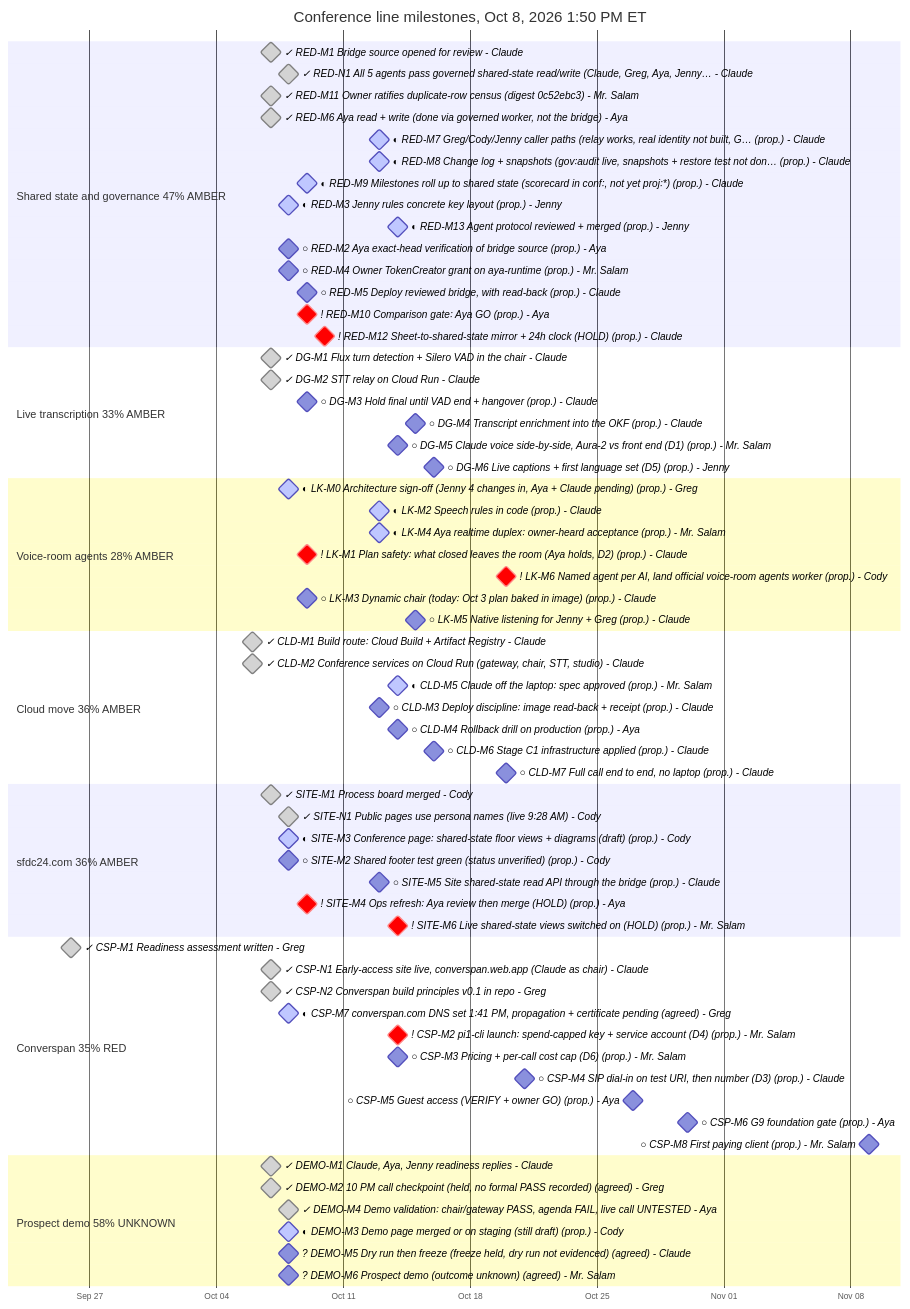
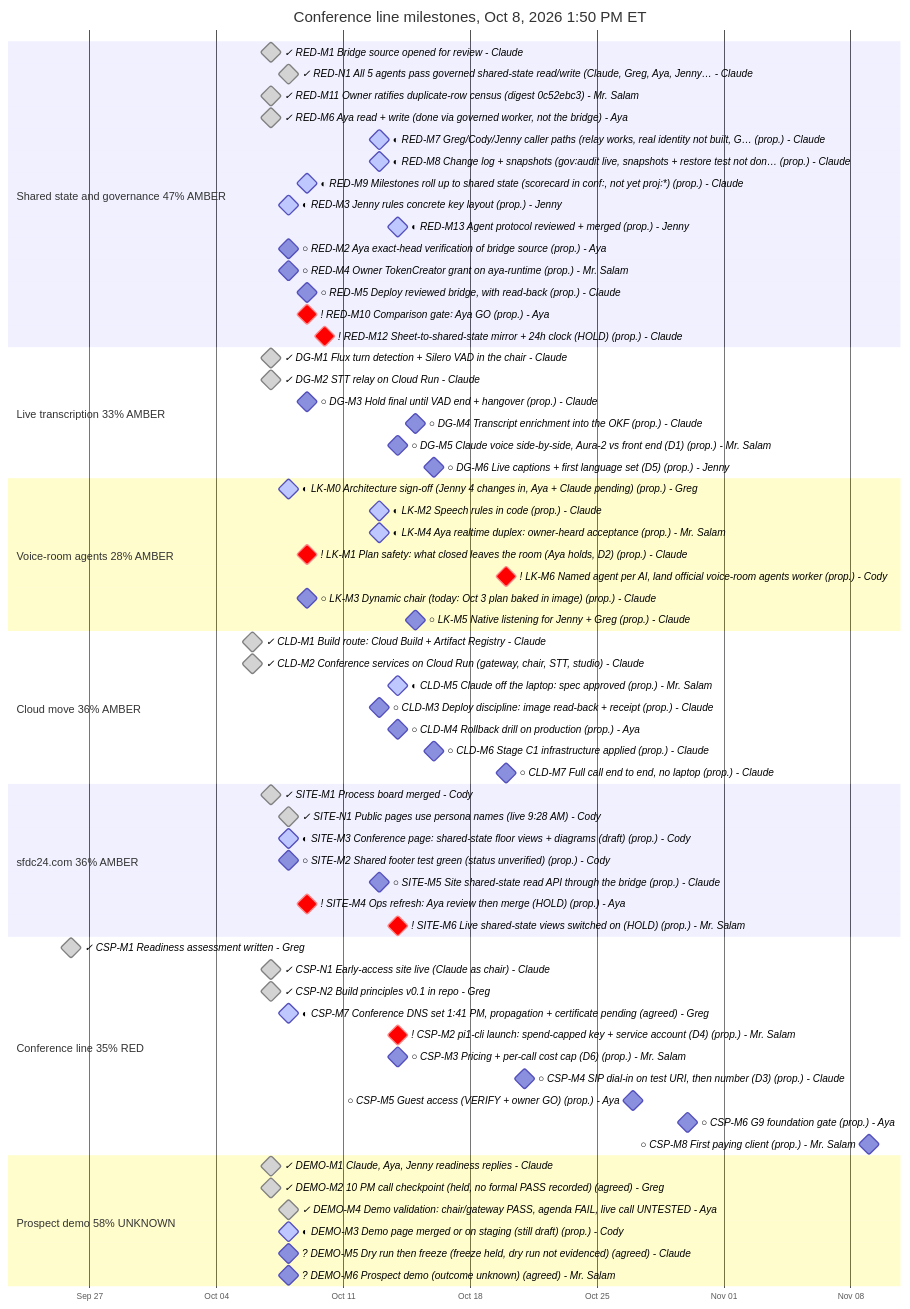
The diagram in assets/milestones/2026-10-08.mmd (sfdc-24/sfdc24-site), drawn with Mermaid before and after one commit. The commit also changed 53 other files, not shown here.

First line of the commit message:
Keep sfdc24.com on its own conference room.

```diff
--- a/assets/milestones/2026-10-08.mmd
+++ b/assets/milestones/2026-10-08.mmd
@@ -1,78 +1,78 @@
 ---
 title: Conference line milestones, Oct 8, 2026 1:50 PM ET
 config:
   gantt:
     fontSize: 12
     sectionFontSize: 13
     barHeight: 22
     useMaxWidth: false
 ---
 gantt
     %% done = complete, active = in progress, crit = blocked. Dates and owners are unchanged.
     dateFormat YYYY-MM-DD
     axisFormat %b %d
     tickInterval 1week
     section Shared state and governance 47% AMBER
     ✓ RED-M1 Bridge source opened for review - Claude :milestone, done, red_m1, 2026-10-07, 0d
     ✓ RED-N1 All 5 agents pass governed shared-state read/write (Claude, Greg, Aya, Jenny… - Claude :milestone, done, red_n1, 2026-10-08, 0d
     ✓ RED-M11 Owner ratifies duplicate-row census (digest 0c52ebc3) - Mr. Salam :milestone, done, red_m11, 2026-10-07, 0d
     ✓ RED-M6 Aya read + write (done via governed worker, not the bridge) - Aya :milestone, done, red_m6, 2026-10-07, 0d
     ◐ RED-M7 Greg/Cody/Jenny caller paths (relay works, real identity not built, G… (prop.) - Claude :milestone, active, red_m7, 2026-10-13, 0d
     ◐ RED-M8 Change log + snapshots (gov꞉audit live, snapshots + restore test not don… (prop.) - Claude :milestone, active, red_m8, 2026-10-13, 0d
     ◐ RED-M9 Milestones roll up to shared state (scorecard in conf꞉, not yet proj꞉*) (prop.) - Claude :milestone, active, red_m9, 2026-10-09, 0d
     ◐ RED-M3 Jenny rules concrete key layout (prop.) - Jenny :milestone, active, red_m3, 2026-10-08, 0d
     ◐ RED-M13 Agent protocol reviewed + merged (prop.) - Jenny :milestone, active, red_m13, 2026-10-14, 0d
     ○ RED-M2 Aya exact-head verification of bridge source (prop.) - Aya :milestone, red_m2, 2026-10-08, 0d
     ○ RED-M4 Owner TokenCreator grant on aya-runtime (prop.) - Mr. Salam :milestone, red_m4, 2026-10-08, 0d
     ○ RED-M5 Deploy reviewed bridge, with read-back (prop.) - Claude :milestone, red_m5, 2026-10-09, 0d
     ! RED-M10 Comparison gate꞉ Aya GO (prop.) - Aya :milestone, crit, red_m10, 2026-10-09, 0d
     ! RED-M12 Sheet-to-shared-state mirror + 24h clock (HOLD) (prop.) - Claude :milestone, crit, red_m12, 2026-10-10, 0d
     section Live transcription 33% AMBER
     ✓ DG-M1 Flux turn detection + Silero VAD in the chair - Claude :milestone, done, dg_m1, 2026-10-07, 0d
     ✓ DG-M2 STT relay on Cloud Run - Claude :milestone, done, dg_m2, 2026-10-07, 0d
     ○ DG-M3 Hold final until VAD end + hangover (prop.) - Claude :milestone, dg_m3, 2026-10-09, 0d
     ○ DG-M4 Transcript enrichment into the OKF (prop.) - Claude :milestone, dg_m4, 2026-10-15, 0d
     ○ DG-M5 Claude voice side-by-side, Aura-2 vs front end (D1) (prop.) - Mr. Salam :milestone, dg_m5, 2026-10-14, 0d
     ○ DG-M6 Live captions + first language set (D5) (prop.) - Jenny :milestone, dg_m6, 2026-10-16, 0d
     section Voice-room agents 28% AMBER
     ◐ LK-M0 Architecture sign-off (Jenny 4 changes in, Aya + Claude pending) (prop.) - Greg :milestone, active, lk_m0, 2026-10-08, 0d
     ◐ LK-M2 Speech rules in code (prop.) - Claude :milestone, active, lk_m2, 2026-10-13, 0d
     ◐ LK-M4 Aya realtime duplex꞉ owner-heard acceptance (prop.) - Mr. Salam :milestone, active, lk_m4, 2026-10-13, 0d
     ! LK-M1 Plan safety꞉ what closed leaves the room (Aya holds, D2) (prop.) - Claude :milestone, crit, lk_m1, 2026-10-09, 0d
     ! LK-M6 Named agent per AI, land official voice-room agents worker (prop.) - Cody :milestone, crit, lk_m6, 2026-10-20, 0d
     ○ LK-M3 Dynamic chair (today꞉ Oct 3 plan baked in image) (prop.) - Claude :milestone, lk_m3, 2026-10-09, 0d
     ○ LK-M5 Native listening for Jenny + Greg (prop.) - Claude :milestone, lk_m5, 2026-10-15, 0d
     section Cloud move 36% AMBER
     ✓ CLD-M1 Build route꞉ Cloud Build + Artifact Registry - Claude :milestone, done, cld_m1, 2026-10-06, 0d
     ✓ CLD-M2 Conference services on Cloud Run (gateway, chair, STT, studio) - Claude :milestone, done, cld_m2, 2026-10-06, 0d
     ◐ CLD-M5 Claude off the laptop꞉ spec approved (prop.) - Mr. Salam :milestone, active, cld_m5, 2026-10-14, 0d
     ○ CLD-M3 Deploy discipline꞉ image read-back + receipt (prop.) - Claude :milestone, cld_m3, 2026-10-13, 0d
     ○ CLD-M4 Rollback drill on production (prop.) - Aya :milestone, cld_m4, 2026-10-14, 0d
     ○ CLD-M6 Stage C1 infrastructure applied (prop.) - Claude :milestone, cld_m6, 2026-10-16, 0d
     ○ CLD-M7 Full call end to end, no laptop (prop.) - Claude :milestone, cld_m7, 2026-10-20, 0d
     section sfdc24.com 36% AMBER
     ✓ SITE-M1 Process board merged - Cody :milestone, done, site_m1, 2026-10-07, 0d
     ✓ SITE-N1 Public pages use persona names (live 9꞉28 AM) - Cody :milestone, done, site_n1, 2026-10-08, 0d
     ◐ SITE-M3 Conference page꞉ shared-state floor views + diagrams (draft) (prop.) - Cody :milestone, active, site_m3, 2026-10-08, 0d
     ○ SITE-M2 Shared footer test green (status unverified) (prop.) - Cody :milestone, site_m2, 2026-10-08, 0d
     ○ SITE-M5 Site shared-state read API through the bridge (prop.) - Claude :milestone, site_m5, 2026-10-13, 0d
     ! SITE-M4 Ops refresh꞉ Aya review then merge (HOLD) (prop.) - Aya :milestone, crit, site_m4, 2026-10-09, 0d
     ! SITE-M6 Live shared-state views switched on (HOLD) (prop.) - Mr. Salam :milestone, crit, site_m6, 2026-10-14, 0d
-    section Converspan 35% RED
+    section Conference line 35% RED
     ✓ CSP-M1 Readiness assessment written - Greg :milestone, done, csp_m1, 2026-09-26, 0d
-    ✓ CSP-N1 Early-access site live, converspan.web.app (Claude as chair) - Claude :milestone, done, csp_n1, 2026-10-07, 0d
-    ✓ CSP-N2 Converspan build principles v0.1 in repo - Greg :milestone, done, csp_n2, 2026-10-07, 0d
-    ◐ CSP-M7 converspan.com DNS set 1꞉41 PM, propagation + certificate pending (agreed) - Greg :milestone, active, csp_m7, 2026-10-08, 0d
+    ✓ CSP-N1 Early-access site live (Claude as chair) - Claude :milestone, done, csp_n1, 2026-10-07, 0d
+    ✓ CSP-N2 Build principles v0.1 in repo - Greg :milestone, done, csp_n2, 2026-10-07, 0d
+    ◐ CSP-M7 Conference DNS set 1꞉41 PM, propagation + certificate pending (agreed) - Greg :milestone, active, csp_m7, 2026-10-08, 0d
     ! CSP-M2 pi1-cli launch꞉ spend-capped key + service account (D4) (prop.) - Mr. Salam :milestone, crit, csp_m2, 2026-10-14, 0d
     ○ CSP-M3 Pricing + per-call cost cap (D6) (prop.) - Mr. Salam :milestone, csp_m3, 2026-10-14, 0d
     ○ CSP-M4 SIP dial-in on test URI, then number (D3) (prop.) - Claude :milestone, csp_m4, 2026-10-21, 0d
     ○ CSP-M5 Guest access (VERIFY + owner GO) (prop.) - Aya :milestone, csp_m5, 2026-10-27, 0d
     ○ CSP-M6 G9 foundation gate (prop.) - Aya :milestone, csp_m6, 2026-10-30, 0d
     ○ CSP-M8 First paying client (prop.) - Mr. Salam :milestone, csp_m8, 2026-11-09, 0d
     section Prospect demo 58% UNKNOWN
     ✓ DEMO-M1 Claude, Aya, Jenny readiness replies - Claude :milestone, done, demo_m1, 2026-10-07, 0d
     ✓ DEMO-M2 10 PM call checkpoint (held, no formal PASS recorded) (agreed) - Greg :milestone, done, demo_m2, 2026-10-07, 0d
     ✓ DEMO-M4 Demo validation꞉ chair/gateway PASS, agenda FAIL, live call UNTESTED - Aya :milestone, done, demo_m4, 2026-10-08, 0d
     ◐ DEMO-M3 Demo page merged or on staging (still draft) (prop.) - Cody :milestone, active, demo_m3, 2026-10-08, 0d
     ? DEMO-M5 Dry run then freeze (freeze held, dry run not evidenced) (agreed) - Claude :milestone, demo_m5, 2026-10-08, 0d
     ? DEMO-M6 Prospect demo (outcome unknown) (agreed) - Mr. Salam :milestone, demo_m6, 2026-10-08, 0d
```
